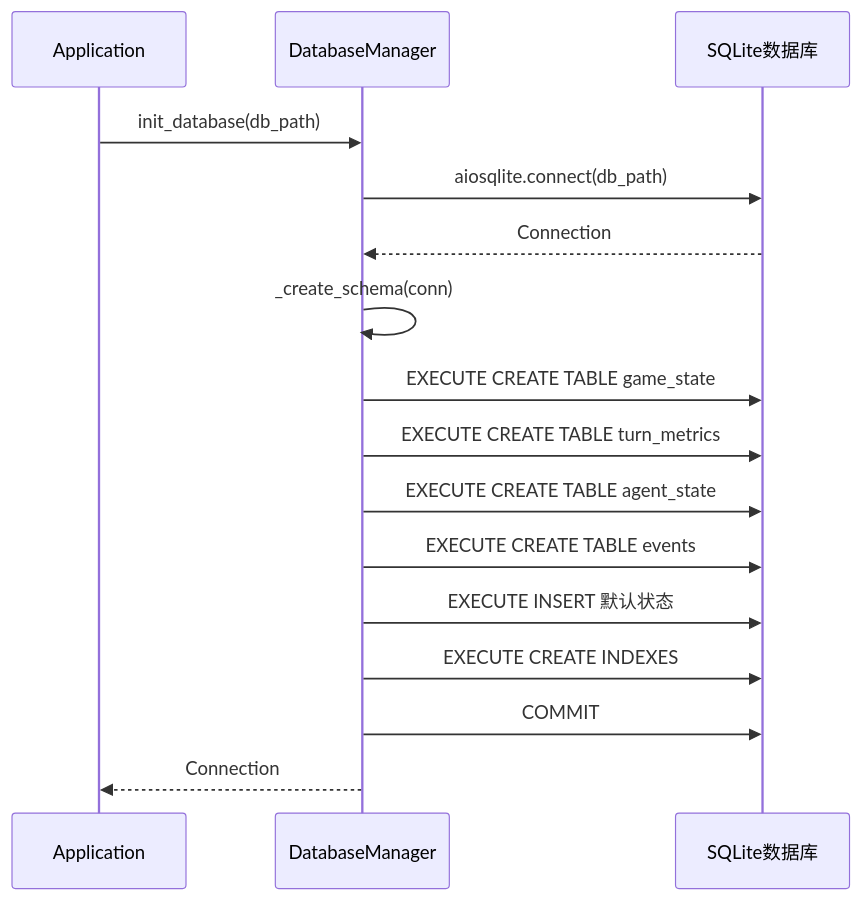
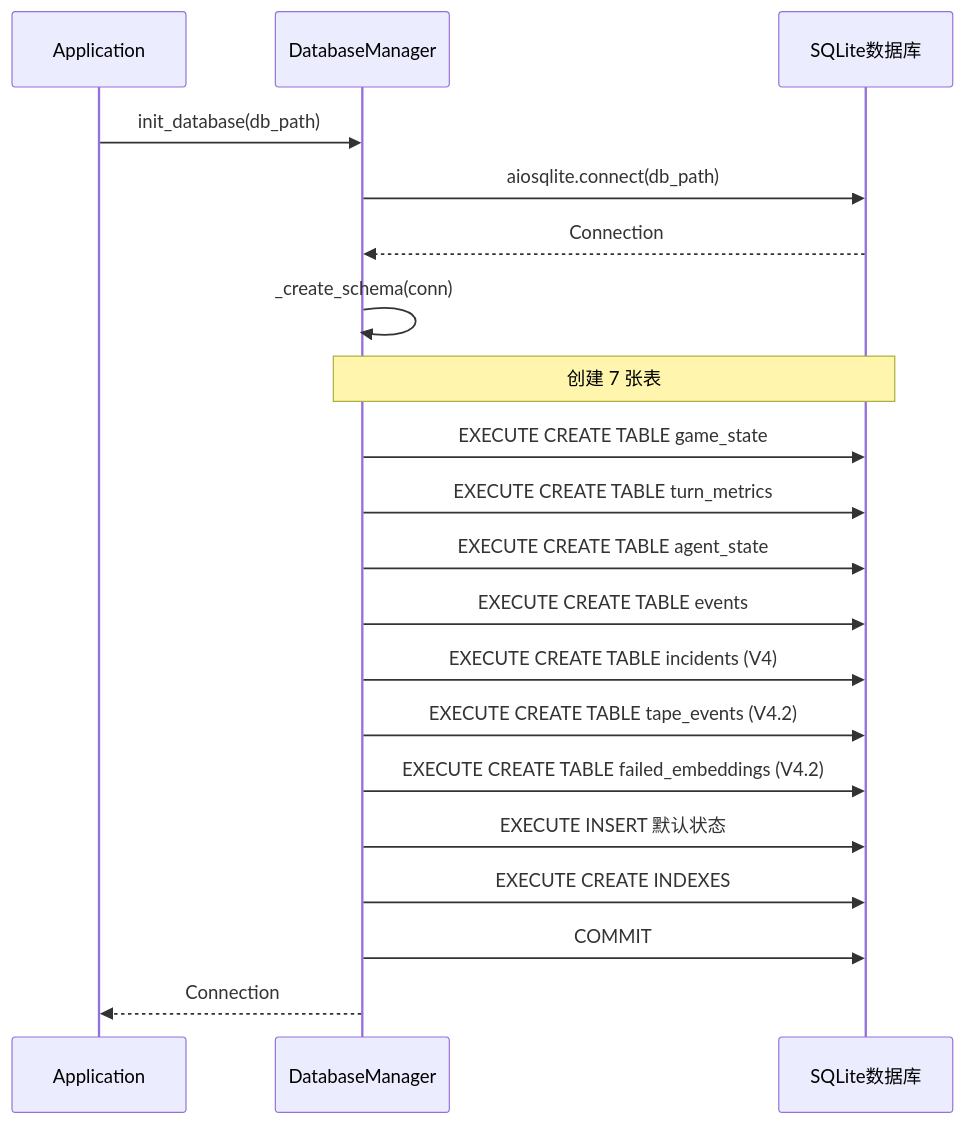
The fourth of 9 diagrams in src/simu_emperor/persistence/AGENTS.md (ykfnxx/simu-emperor), drawn with Mermaid before and after one commit. The commit also changed other lines of this file and 5 other files, not shown here.

First line of the commit message:
docs(v4.2): update all AGENTS.md and CLAUDE.md for V4.2 architecture

````diff
--- a/src/simu_emperor/persistence/AGENTS.md
+++ b/src/simu_emperor/persistence/AGENTS.md
@@ -250,19 +431,25 @@
 ```mermaid
 sequenceDiagram
     participant App as Application
     participant DB as DatabaseManager
     participant SQLite as SQLite数据库
 
     App->>DB: init_database(db_path)
     DB->>SQLite: aiosqlite.connect(db_path)
     SQLite-->>DB: Connection
     DB->>DB: _create_schema(conn)
+    
+    Note over DB,SQLite: 创建 7 张表
     DB->>SQLite: EXECUTE CREATE TABLE game_state
     DB->>SQLite: EXECUTE CREATE TABLE turn_metrics
     DB->>SQLite: EXECUTE CREATE TABLE agent_state
     DB->>SQLite: EXECUTE CREATE TABLE events
+    DB->>SQLite: EXECUTE CREATE TABLE incidents (V4)
+    DB->>SQLite: EXECUTE CREATE TABLE tape_events (V4.2)
+    DB->>SQLite: EXECUTE CREATE TABLE failed_embeddings (V4.2)
+    
     DB->>SQLite: EXECUTE INSERT 默认状态
     DB->>SQLite: EXECUTE CREATE INDEXES
     DB->>SQLite: COMMIT
     DB-->>App: Connection
 ```
````
